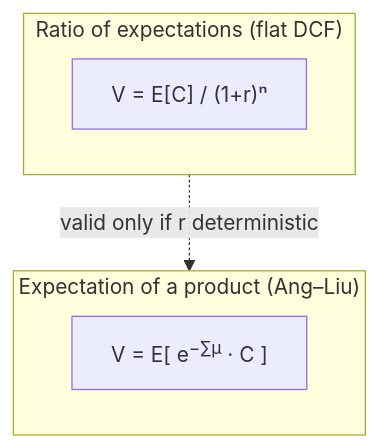
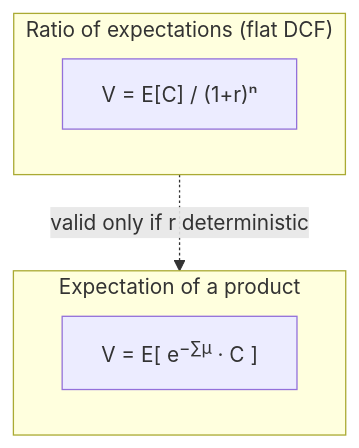
One commit to tlorans/varvaluation changed the second of 2 diagrams in docs/index.md. Above: the diagram before and after it, drawn with Mermaid. The commit also changed other lines of this file and 3 other files, not shown here.

Commit message:
docs: drop Ang–Liu branding; treat paper as ordinary reference

````diff
--- a/docs/index.md
+++ b/docs/index.md
@@ -63,10 +62,10 @@
 ```mermaid
 flowchart TB
   subgraph ratio ["Ratio of expectations (flat DCF)"]
     R["V = E[C] / (1+r)ⁿ"]
   end
-  subgraph product ["Expectation of a product (Ang–Liu)"]
+  subgraph product ["Expectation of a product"]
     P["V = E[ e<sup>−∑μ</sup> · C ]"]
   end
   ratio -.->|"valid only if r deterministic"| product
 ```
````
